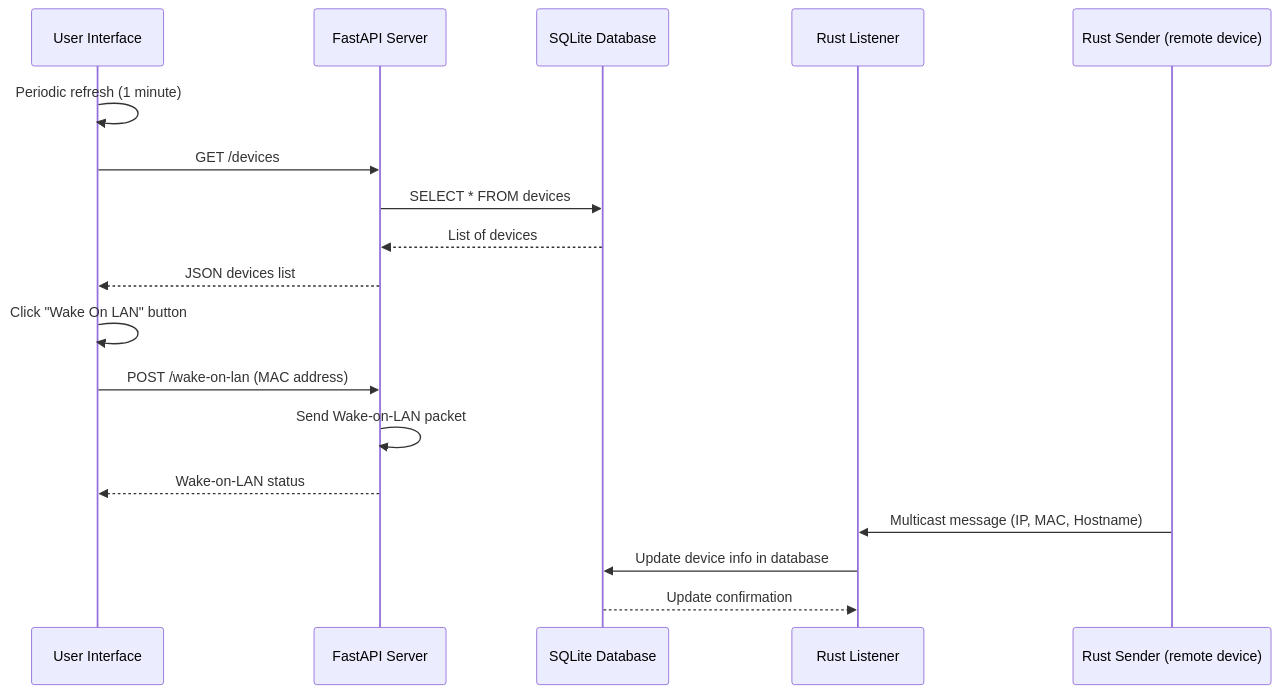
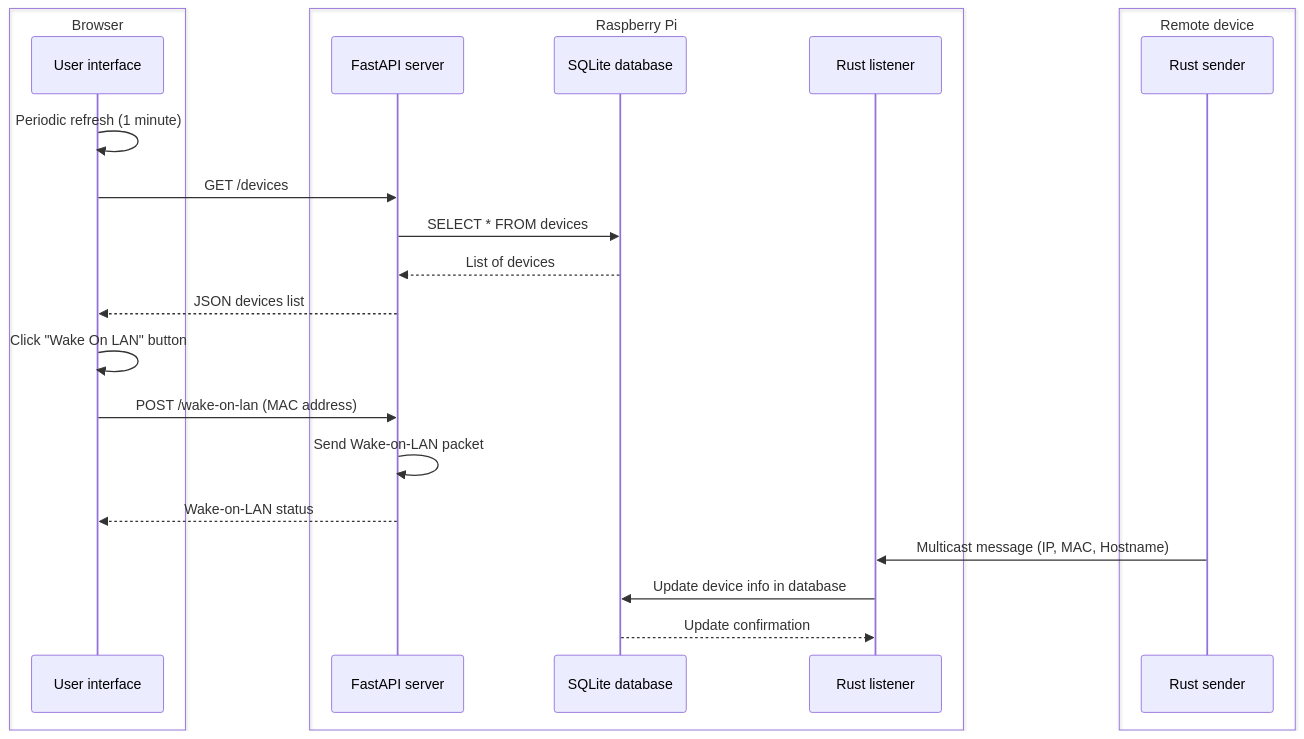
Before and after one commit to t-ob/devices: the diagram in readme.md, drawn with Mermaid.

````diff
--- a/readme.md
+++ b/readme.md
@@ -18,23 +18,29 @@
 ```mermaid
 sequenceDiagram
-    participant UI as User Interface
-    participant API as FastAPI Server
-    participant DB as SQLite Database
-    participant Listener as Rust Listener
-    participant Sender as Rust Sender (remote device)
+    box Browser
+    participant UI as User interface
+    end
+    box Raspberry Pi
+    participant API as FastAPI server
+    participant DB as SQLite database
+    participant Listener as Rust listener
+    end
+    box Remote device
+    participant Sender as Rust sender
+    end
 
     UI->>UI: Periodic refresh (1 minute)
     UI->>API: GET /devices
     API->>DB: SELECT * FROM devices
     DB-->>API: List of devices
     API-->>UI: JSON devices list
 
     UI->>UI: Click "Wake On LAN" button
     UI->>API: POST /wake-on-lan (MAC address)
     API->>API: Send Wake-on-LAN packet
     API-->>UI: Wake-on-LAN status
 
     Sender->>Listener: Multicast message (IP, MAC, Hostname)
     Listener->>DB: Update device info in database
     DB-->>Listener: Update confirmation
 ```
````
